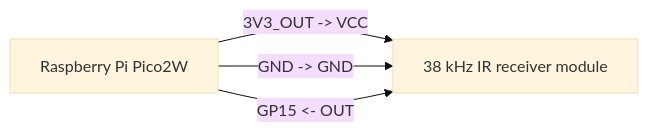
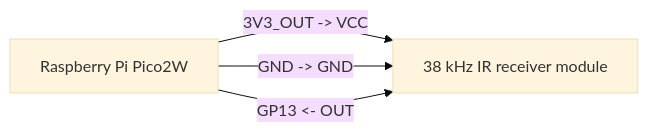
Before and after one commit to jovlinger/utils: the third of 3 diagrams in thermo/onboard/hardware/pico2w/PLAN.md, drawn with Mermaid (base theme). The commit also changed other lines of this file and 14 other files, not shown here.

````diff
--- a/thermo/onboard/hardware/pico2w/PLAN.md
+++ b/thermo/onboard/hardware/pico2w/PLAN.md
@@ -61,9 +62,9 @@
 ```mermaid
 flowchart LR
   pico["Raspberry Pi Pico2W"]
   irrx["38 kHz IR receiver module"]
 
   pico -- "3V3_OUT -> VCC" --> irrx
   pico -- "GND -> GND" --> irrx
-  pico -- "GP15 <- OUT" --> irrx
+  pico -- "GP13 <- OUT" --> irrx
 ```
````
